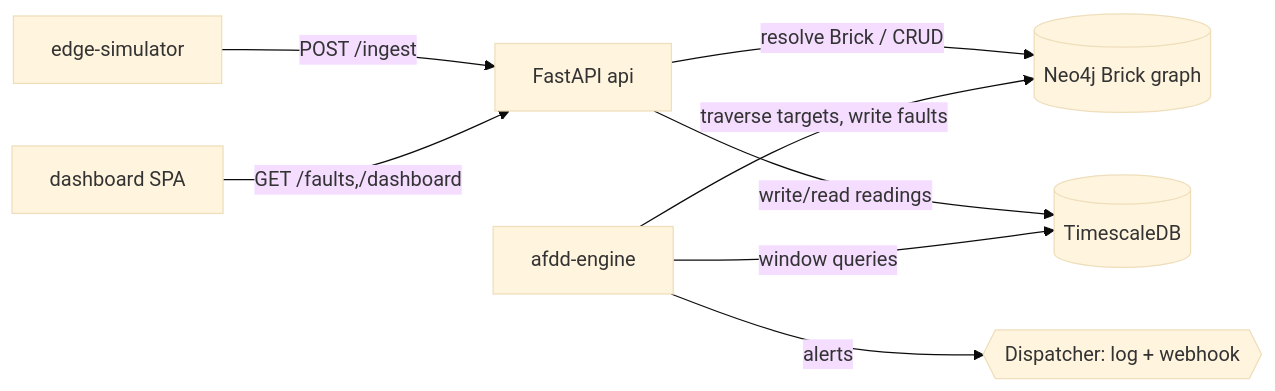
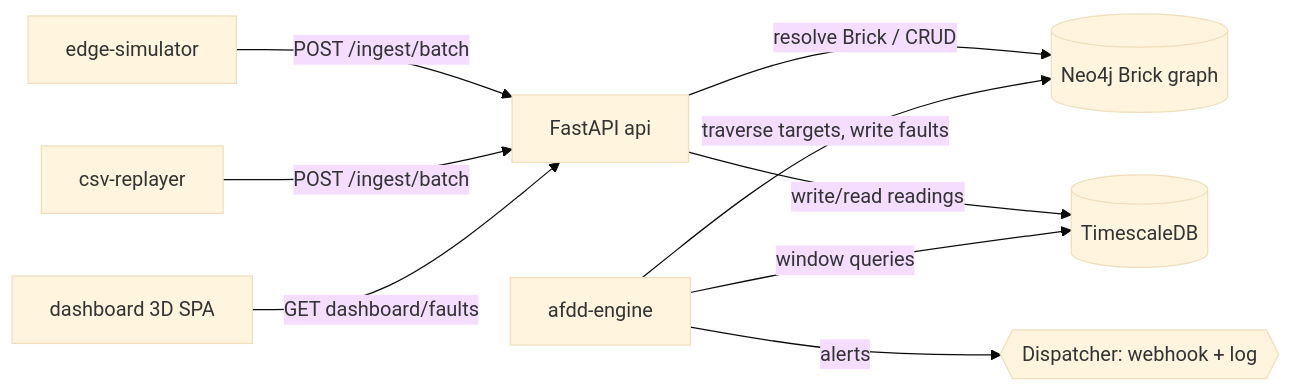
Before and after one commit to vanowarna/altotech-task-1: the diagram in docs/wiki/System-Architecture.md, drawn with Mermaid (base theme). The commit also changed other lines of this file and 8 other files, not shown here.

````diff
--- a/docs/wiki/System-Architecture.md
+++ b/docs/wiki/System-Architecture.md
@@ -16,10 +19,11 @@
 ```mermaid
 flowchart LR
-  SIM[edge-simulator] -->|POST /ingest| API[FastAPI api]
+  SIM[edge-simulator] -->|POST /ingest/batch| API[FastAPI api]
+  CSV[csv-replayer] -->|POST /ingest/batch| API
   API -->|resolve Brick / CRUD| NEO[(Neo4j Brick graph)]
   API -->|write/read readings| TS[(TimescaleDB)]
   ENG[afdd-engine] -->|traverse targets, write faults| NEO
   ENG -->|window queries| TS
-  ENG -->|alerts| DISP{{Dispatcher: log + webhook}}
-  DASH[dashboard SPA] -->|GET /faults,/dashboard| API
+  ENG -->|alerts| DISP{{Dispatcher: webhook + log}}
+  DASH[dashboard 3D SPA] -->|GET dashboard/faults| API
 ```
````
